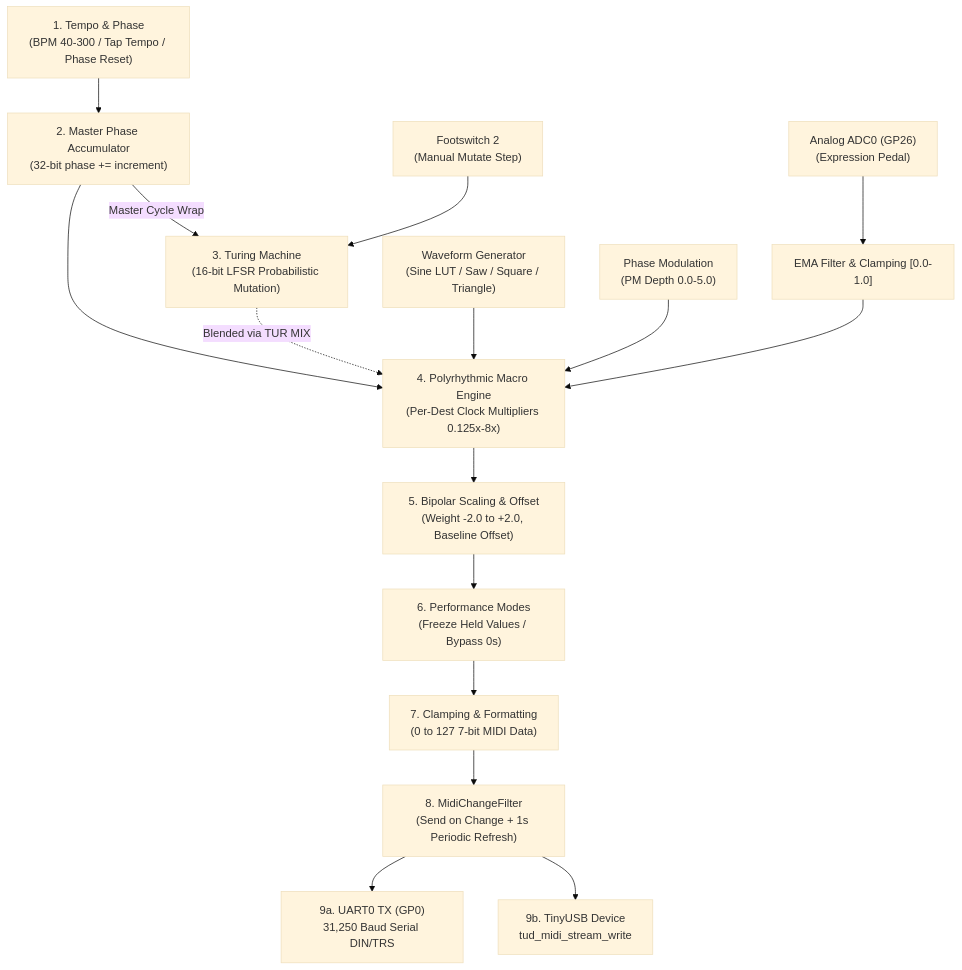
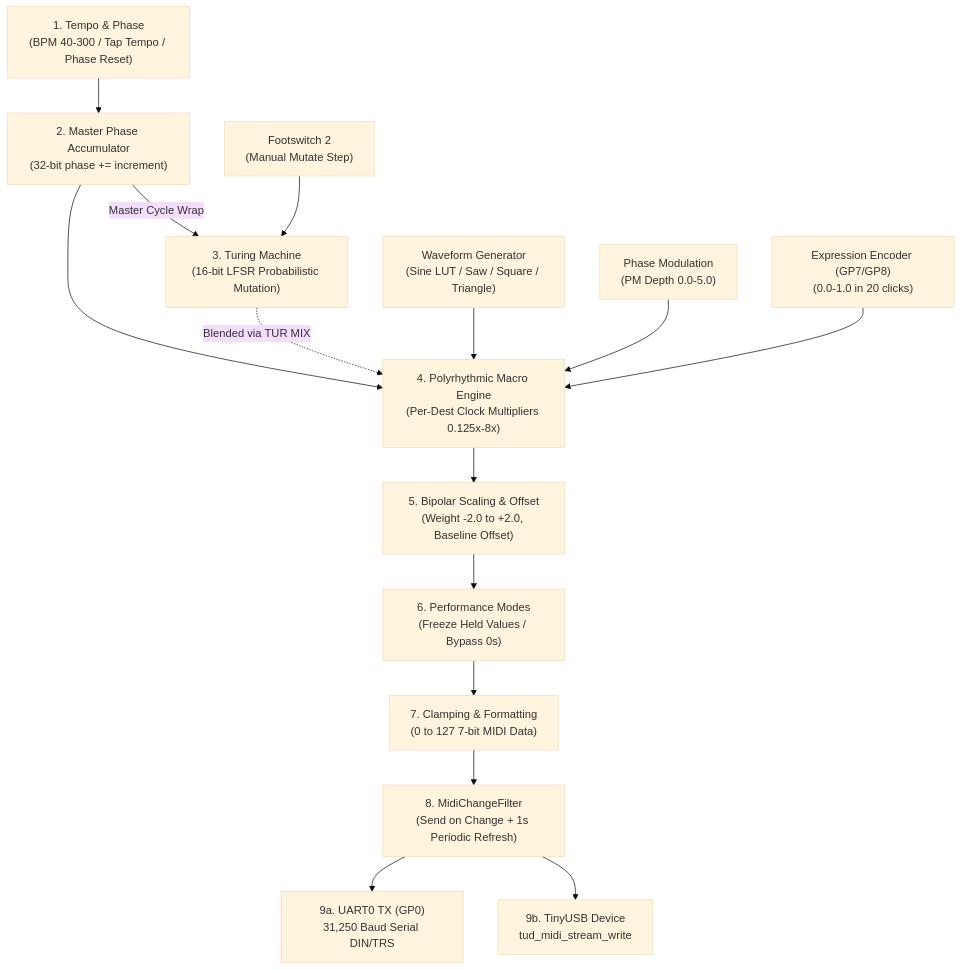
The diagram in docs/DEVELOPER_GUIDE.md (wsjk/phase-box), drawn with Mermaid (base theme) before and after one commit. The commit also changed other lines of this file and 29 other files, not shown here.

First line of the commit message:
Replace expression pedal with an expression encoder (#28)

````diff
--- a/docs/DEVELOPER_GUIDE.md
+++ b/docs/DEVELOPER_GUIDE.md
@@ -59,22 +59,21 @@
 ```mermaid
 flowchart TD
     Clock["1. Tempo & Phase<br/>(BPM 40-300 / Tap Tempo / Phase Reset)"] --> Master["2. Master Phase Accumulator<br/>(32-bit phase += increment)"]
     Master -- Master Cycle Wrap --> Turing["3. Turing Machine<br/>(16-bit LFSR Probabilistic Mutation)"]
     FS2["Footswitch 2<br/>(Manual Mutate Step)"] --> Turing
     
     Master --> Macro["4. Polyrhythmic Macro Engine<br/>(Per-Dest Clock Multipliers 0.125x-8x)"]
     Turing -. Blended via TUR MIX .-> Macro
     Wave["Waveform Generator<br/>(Sine LUT / Saw / Square / Triangle)"] --> Macro
     PM["Phase Modulation<br/>(PM Depth 0.0-5.0)"] --> Macro
     
-    ADC["Analog ADC0 (GP26)<br/>(Expression Pedal)"] --> Smoothing["EMA Filter & Clamping [0.0-1.0]"]
-    Smoothing --> Macro
+    ExpEnc["Expression Encoder (GP7/GP8)<br/>(0.0-1.0 in 20 clicks)"] --> Macro
     
     Macro --> Weight["5. Bipolar Scaling & Offset<br/>(Weight -2.0 to +2.0, Baseline Offset)"]
     Weight --> Perf["6. Performance Modes<br/>(Freeze Held Values / Bypass 0s)"]
     Perf --> Clamp["7. Clamping & Formatting<br/>(0 to 127 7-bit MIDI Data)"]
     
     Clamp --> Filter["8. MidiChangeFilter<br/>(Send on Change + 1s Periodic Refresh)"]
     Filter --> UART["9a. UART0 TX (GP0)<br/>31,250 Baud Serial DIN/TRS"]
     Filter --> USB["9b. TinyUSB Device<br/>tud_midi_stream_write"]
 ```
````
